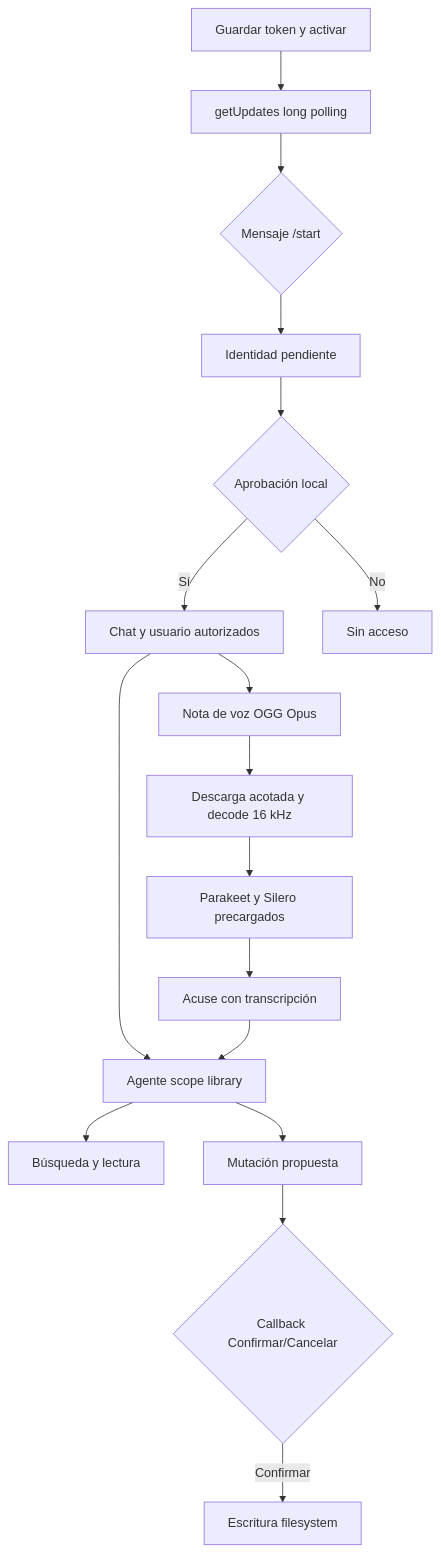
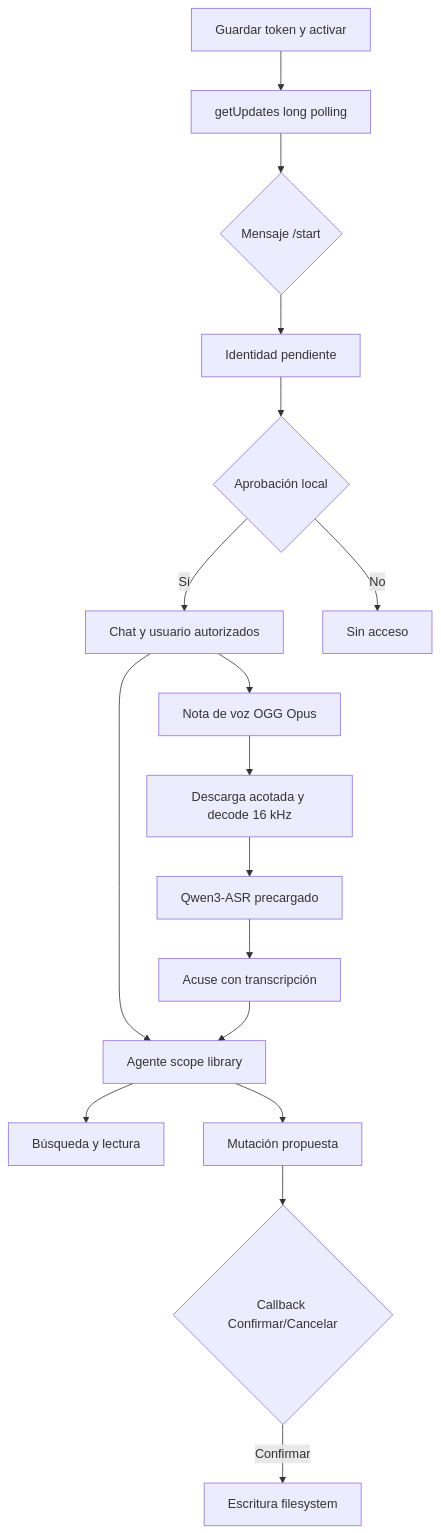
Before and after one commit to GabrielMiuzzi/notia: diagram 50 of 52 in README-TECH.md, drawn with Mermaid. The commit also changed other lines of this file and 51 other files, not shown here.

Commit message:
feat: bundle isolated Qwen3 ASR runtime and models

````diff
--- a/README-TECH.md
+++ b/README-TECH.md
@@ -3246,19 +3252,19 @@
 ```mermaid
 flowchart TD
     Token[Guardar token y activar] --> Poll[getUpdates long polling]
     Poll --> Start{Mensaje /start}
     Start --> Pending[Identidad pendiente]
     Pending --> Approve{Aprobación local}
     Approve -->|Sí| Paired[Chat y usuario autorizados]
     Approve -->|No| Denied[Sin acceso]
     Paired --> Agent[Agente scope library]
     Paired --> Voice[Nota de voz OGG Opus]
     Voice --> Decode[Descarga acotada y decode 16 kHz]
-    Decode --> ASR[Parakeet y Silero precargados]
+    Decode --> ASR[Qwen3-ASR precargado]
     ASR --> Ack[Acuse con transcripción]
     Ack --> Agent
     Agent --> Read[Búsqueda y lectura]
     Agent --> Mutation[Mutación propuesta]
     Mutation --> Confirm{Callback Confirmar/Cancelar}
     Confirm -->|Confirmar| Write[Escritura filesystem]
 ```
````
